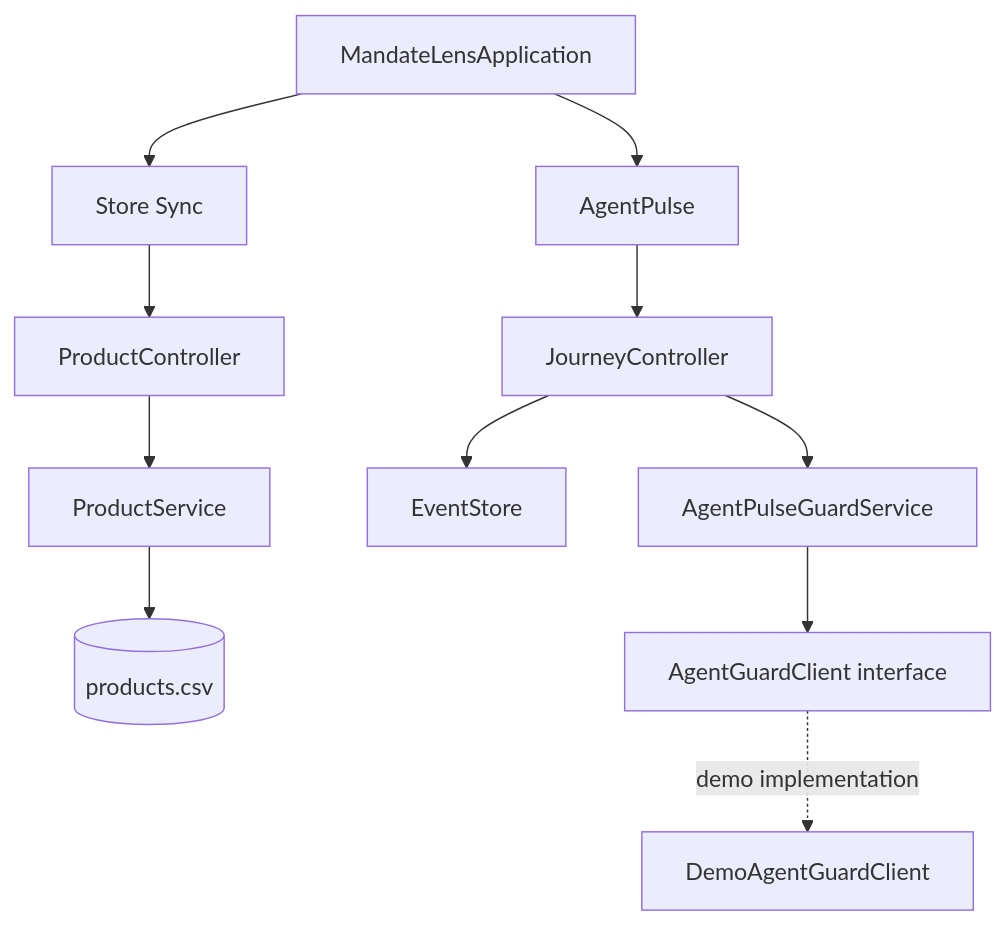
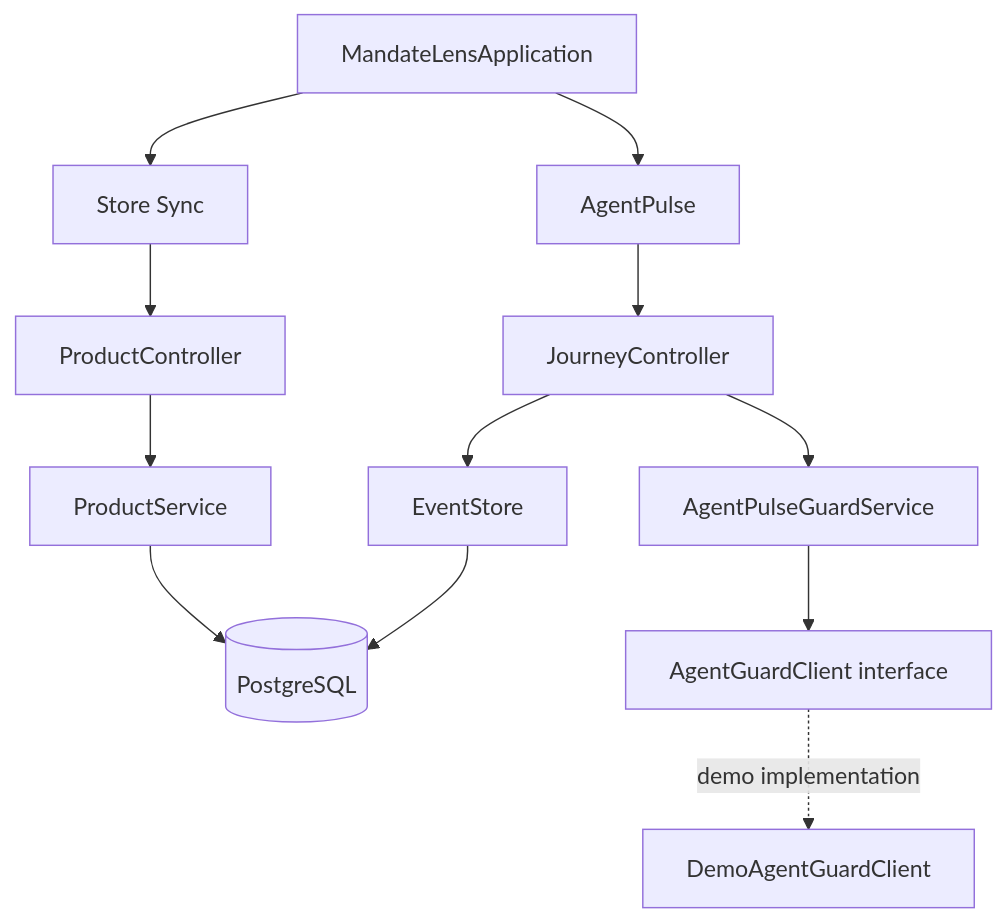
One commit to neha702/mandate-lens changed the diagram in README.md. Above: the diagram before and after it, drawn with Mermaid. The commit also changed other lines of this file and 37 other files, not shown here.

Commit message:
Add changes for the merchant+agentguard flow

````diff
--- a/README.md
+++ b/README.md
@@ -28,14 +29,15 @@
 ```mermaid
 flowchart TD
     App[MandateLensApplication]
     App --> Shop[Store Sync]
     App --> Pulse[AgentPulse]
     Shop --> PC[ProductController]
     PC --> PS[ProductService]
-    PS --> CSV[(products.csv)]
+    PS --> DB[(PostgreSQL)]
+    ES --> DB
     Pulse --> JC[JourneyController]
     JC --> ES[EventStore]
     JC --> GS[AgentPulseGuardService]
     GS --> GC[AgentGuardClient interface]
     GC -. demo implementation .-> Mock[DemoAgentGuardClient]
 ```
````
